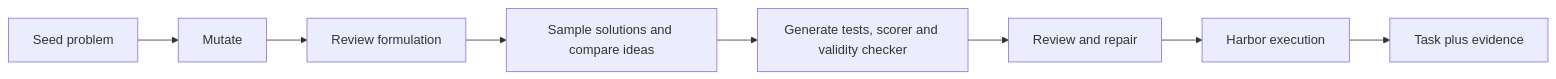
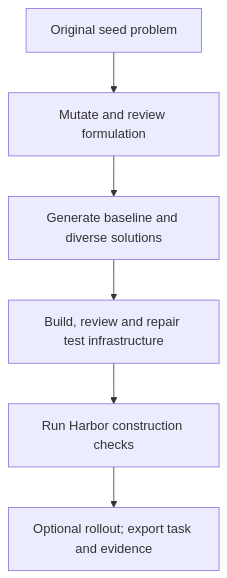
One commit to huggingface/Repo2RLEnv changed the first of 2 diagrams in docs/pipelines/frontiersmith.md. Above: the diagram before and after it, drawn with Mermaid. The commit also changed other lines of this file and 10 other files, not shown here.

````diff
--- a/docs/pipelines/frontiersmith.md
+++ b/docs/pipelines/frontiersmith.md
@@ -12,10 +12,8 @@
 ```mermaid
-flowchart LR
-    S[Seed problem] --> M[Mutate]
-    M --> F[Review formulation]
-    F --> D[Sample solutions and compare ideas]
-    D --> T[Generate tests, scorer and validity checker]
-    T --> R[Review and repair]
-    R --> H[Harbor execution]
-    H --> E[Task plus evidence]
+flowchart TD
+    S[Original seed problem] --> F[Mutate and review formulation]
+    F --> D[Generate baseline and diverse solutions]
+    D --> T[Build, review and repair test infrastructure]
+    T --> H[Run Harbor construction checks]
+    H --> E[Optional rollout; export task and evidence]
 ```
````
